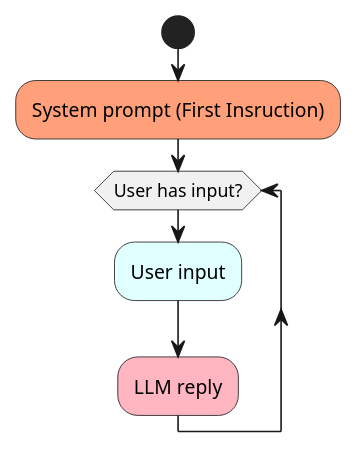
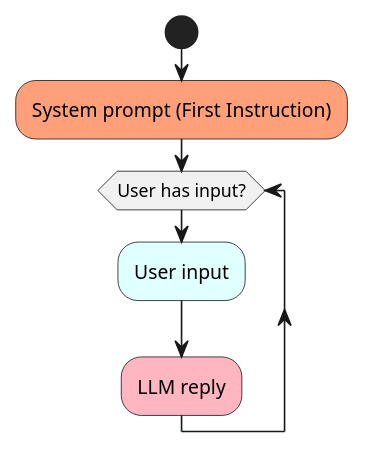
Before and after one commit to pakshuang/ai-chat-survey: the diagram in docs/diagrams/src/no-prompt-engineering.plantuml, drawn with PlantUML. The commit also changed 3 other files, not shown here.

```diff
--- a/docs/diagrams/src/no-prompt-engineering.plantuml
+++ b/docs/diagrams/src/no-prompt-engineering.plantuml
@@ -1,15 +1,15 @@
 @startuml no-prompt-eng
 
 skinparam shadowing false
 skinparam BackgroundColor transparent
 
 start
-#LightSalmon:System prompt (First Insruction);
+#LightSalmon:System prompt (First Instruction);
 while (User has input?)
     #LightCyan:User input;
     #LightPink:LLM reply;  
     endwhile
     -[hidden]->
     detach
 
 @enduml
```
